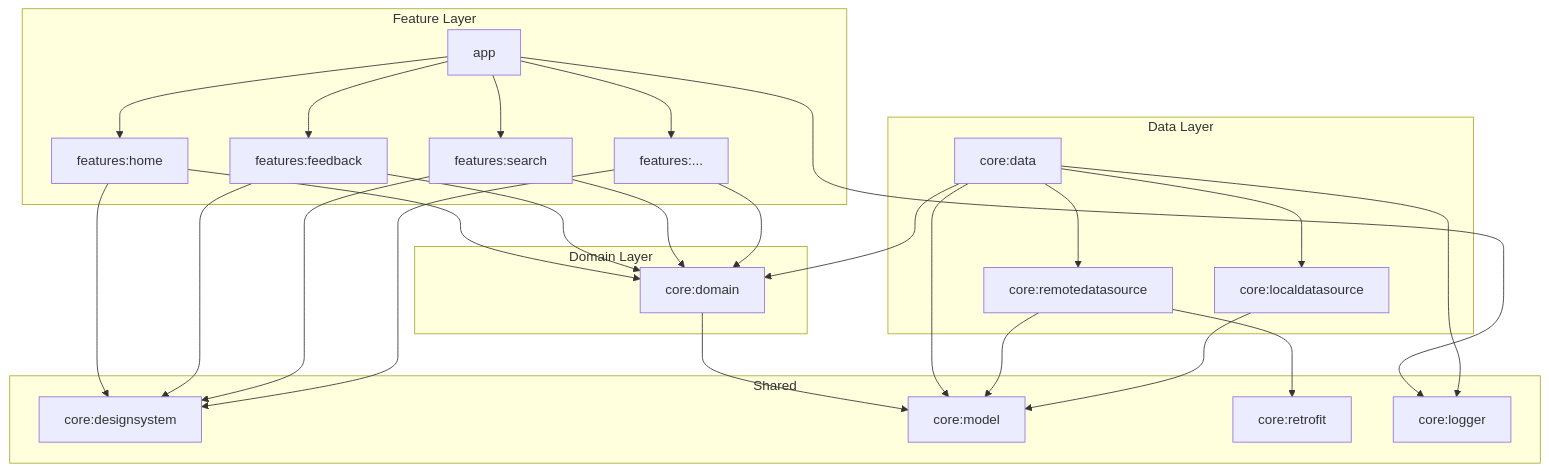
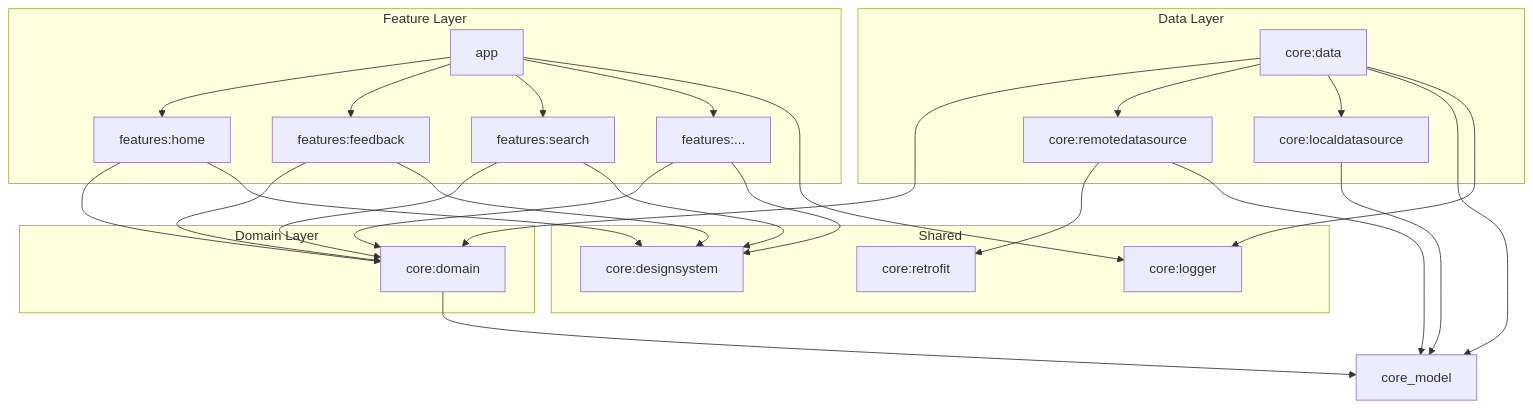
The first of 2 diagrams in ai/README.md (depromeet/17th-team5-Android), drawn with Mermaid before and after one commit. The commit also changed other lines of this file and 1 other file, not shown here.

Commit message:
core:model 관련 정보 삭제

````diff
--- a/ai/README.md
+++ b/ai/README.md
@@ -35,57 +35,56 @@
 ```mermaid
 graph TD
     subgraph Feature Layer
         app
         features_home[features:home]
         features_feedback[features:feedback]
         features_search[features:search]
         features_...[features:...]
     end
 
     subgraph Domain Layer
         core_domain[core:domain]
     end
 
     subgraph Data Layer
         core_data[core:data]
         core_remotedatasource[core:remotedatasource]
         core_localdatasource[core:localdatasource]
     end
 
     subgraph Shared
         core_designsystem[core:designsystem]
-        core_model[core:model]
         core_retrofit[core:retrofit]
         core_logger[core:logger]
     end
 
     app --> features_home
     app --> features_feedback
     app --> features_search
     app --> features_...
 
     features_home --> core_domain
     features_feedback --> core_domain
     features_search --> core_domain
     features_... --> core_domain
 
     features_home --> core_designsystem
     features_feedback --> core_designsystem
     features_search --> core_designsystem
     features_... --> core_designsystem
 
     core_domain --> core_model
 
     core_data --> core_domain
     core_data --> core_remotedatasource
     core_data --> core_localdatasource
     core_data --> core_model
 
     core_remotedatasource --> core_retrofit
     core_remotedatasource --> core_model
 
     core_localdatasource --> core_model
 
     app --> core_logger
     core_data --> core_logger
 ```
````
